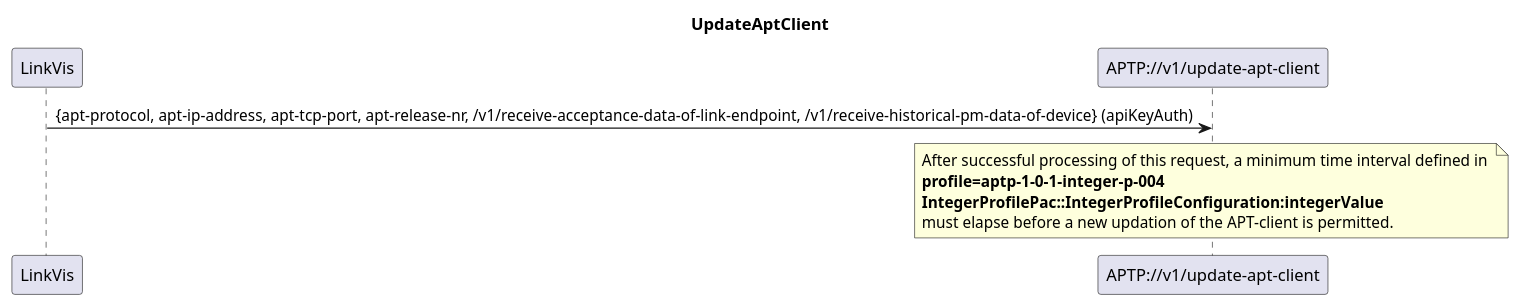
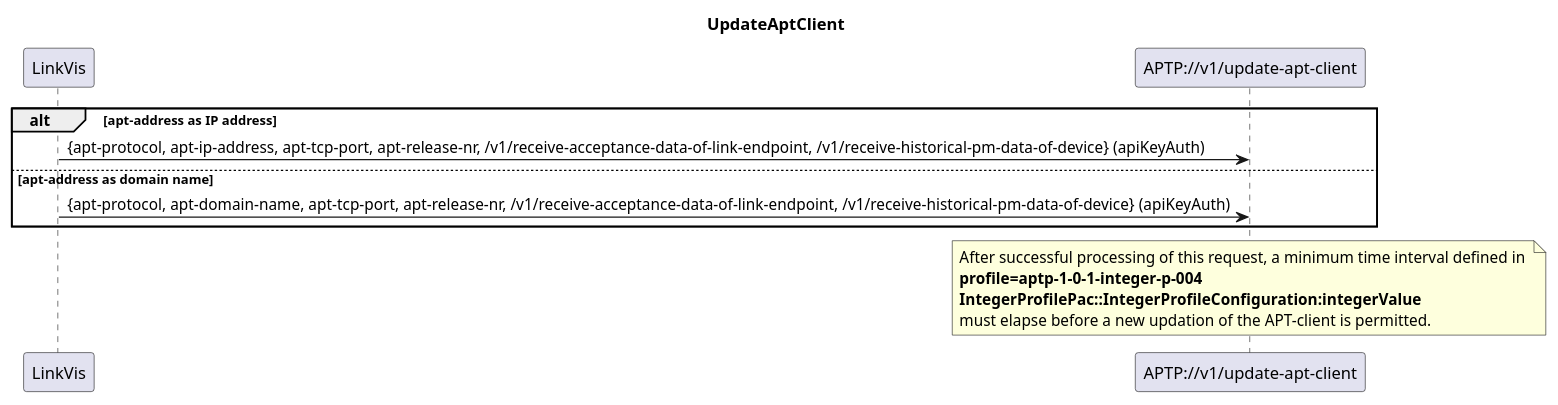
The diagram in spec/diagrams/UpdateAptClient/UpdateAptClient.plantuml (openBackhaul/AccessPlanningToolProxy), drawn with PlantUML before and after one commit. The commit also changed 2 other files, not shown here.

Commit message:
Enhance '/v1/update-apt-client' so that FQDN are also accepted

```diff
--- a/spec/diagrams/UpdateAptClient/UpdateAptClient.plantuml
+++ b/spec/diagrams/UpdateAptClient/UpdateAptClient.plantuml
@@ -1,21 +1,25 @@
 @startuml UpdateAptClient
 skinparam responseMessageBelowArrow true
 
 title
 UpdateAptClient
 end title
 
 participant "LinkVis" as LinkVis
 participant "APTP://v1/update-apt-client" as AptClientUpdate
 
+alt apt-address as IP address
 LinkVis -> AptClientUpdate: {apt-protocol, apt-ip-address, apt-tcp-port, apt-release-nr, /v1/receive-acceptance-data-of-link-endpoint, /v1/receive-historical-pm-data-of-device} (apiKeyAuth)
+else apt-address as domain name
+LinkVis -> AptClientUpdate: {apt-protocol, apt-domain-name, apt-tcp-port, apt-release-nr, /v1/receive-acceptance-data-of-link-endpoint, /v1/receive-historical-pm-data-of-device} (apiKeyAuth)
+end
 
 note over AptClientUpdate
 After successful processing of this request, a minimum time interval defined in 
 <b>profile=aptp-1-0-1-integer-p-004</b>
 <b>IntegerProfilePac::IntegerProfileConfiguration:integerValue</b>
 must elapse before a new updation of the APT-client is permitted.
 end note
 
 
 @enduml
```
